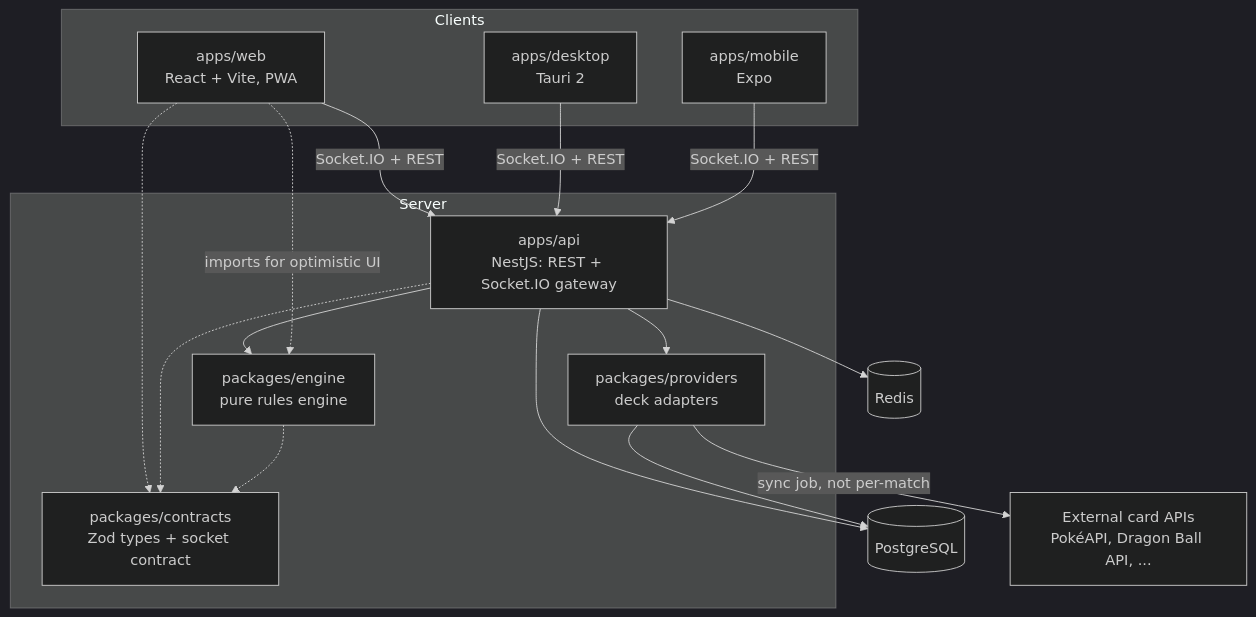
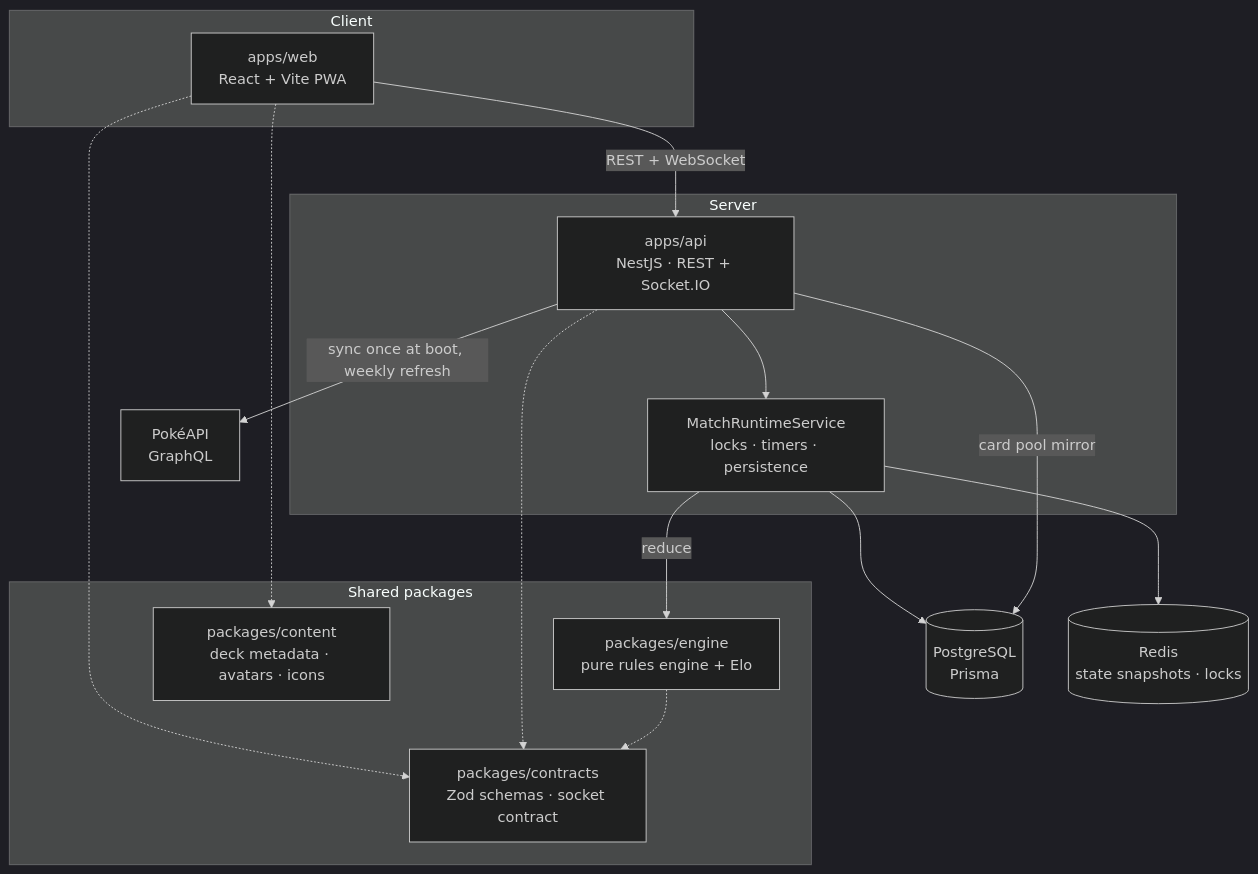
One commit to RafArenasDev/Kardux-Battle changed the first of 2 diagrams in README.md. Above: the diagram before and after it, drawn with Mermaid (dark theme). The commit also changed other lines of this file and 9 other files, not shown here.

````diff
--- a/README.md
+++ b/README.md
@@ -65,31 +95,30 @@
 ```mermaid
 graph TD
-    subgraph Clients
-        WEB[apps/web<br/>React + Vite, PWA]
-        DESKTOP[apps/desktop<br/>Tauri 2]
-        MOBILE[apps/mobile<br/>Expo]
+    subgraph Client
+        WEB[apps/web<br/>React + Vite PWA]
     end
     subgraph Server
-        API[apps/api<br/>NestJS: REST + Socket.IO gateway]
-        ENGINE[packages/engine<br/>pure rules engine]
-        CONTRACTS[packages/contracts<br/>Zod types + socket contract]
-        PROVIDERS[packages/providers<br/>deck adapters]
+        API[apps/api<br/>NestJS · REST + Socket.IO]
+        RUNTIME[MatchRuntimeService<br/>locks · timers · persistence]
     end
-    DB[(PostgreSQL)]
-    CACHE[(Redis)]
-    EXT[External card APIs<br/>PokéAPI, Dragon Ball API, ...]
+    subgraph Shared packages
+        ENGINE[packages/engine<br/>pure rules engine + Elo]
+        CONTRACTS[packages/contracts<br/>Zod schemas · socket contract]
+        CONTENT[packages/content<br/>deck metadata · avatars · icons]
+    end
+    DB[(PostgreSQL<br/>Prisma)]
+    CACHE[(Redis<br/>state snapshots · locks)]
+    POKEAPI[PokéAPI<br/>GraphQL]
 
-    WEB -->|Socket.IO + REST| API
-    DESKTOP -->|Socket.IO + REST| API
-    MOBILE -->|Socket.IO + REST| API
-    API --> ENGINE
-    API --> PROVIDERS
-    WEB -.->|imports for optimistic UI| ENGINE
+    WEB -->|REST + WebSocket| API
+    API --> RUNTIME
+    RUNTIME -->|reduce| ENGINE
     WEB -.-> CONTRACTS
+    WEB -.-> CONTENT
     API -.-> CONTRACTS
     ENGINE -.-> CONTRACTS
-    API --> DB
-    API --> CACHE
-    PROVIDERS -->|sync job, not per-match| EXT
-    PROVIDERS --> DB
+    RUNTIME --> DB
+    RUNTIME --> CACHE
+    API -->|sync once at boot, weekly refresh| POKEAPI
+    API -->|card pool mirror| DB
 ```
````
